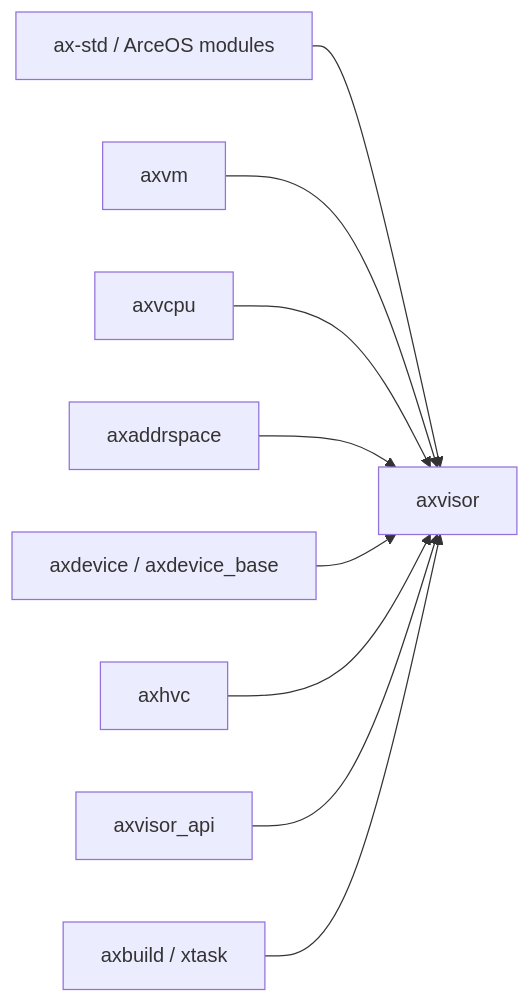
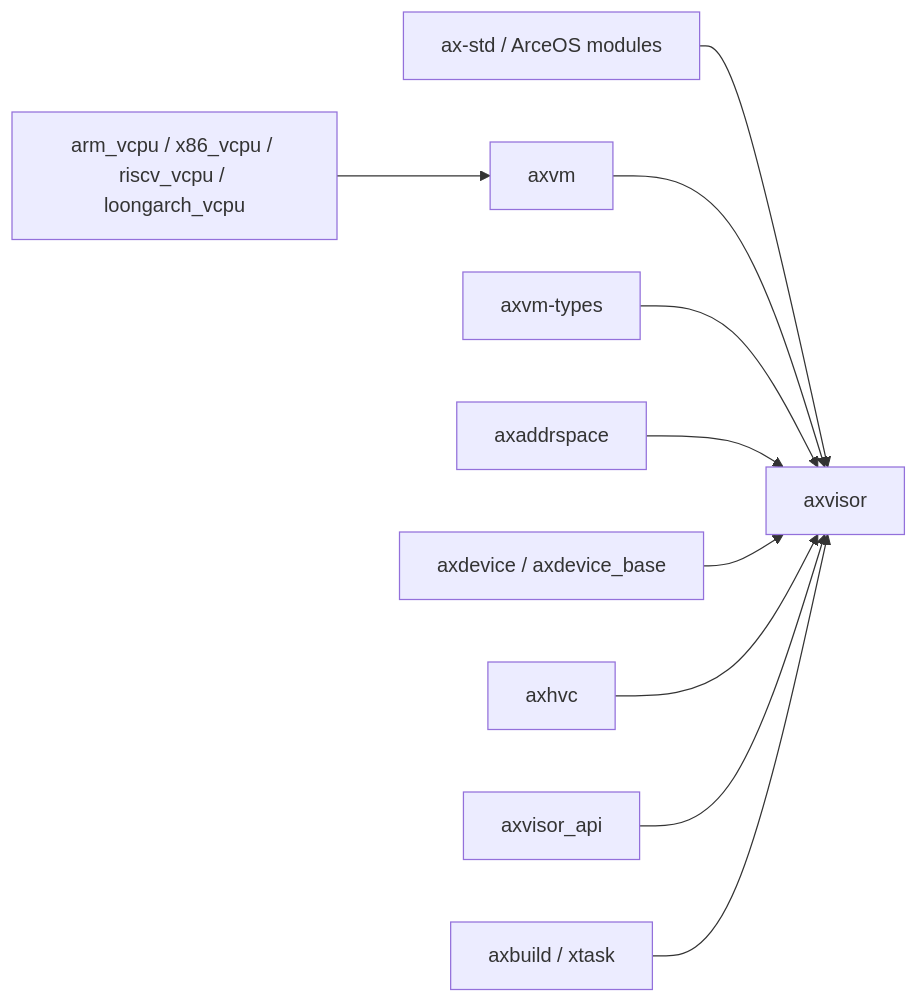
One commit to rcore-os/tgoskits changed the second of 2 diagrams in docs/docs/components/crates/axvisor.md. Above: the diagram before and after it, drawn with Mermaid. The commit also changed other lines of this file and 79 other files, not shown here.

Commit message:
refactor(axvm): decouple vcpu backends

````diff
--- a/docs/docs/components/crates/axvisor.md
+++ b/docs/docs/components/crates/axvisor.md
@@ -108,11 +108,12 @@
 ```mermaid
 graph LR
     ax-std["ax-std / ArceOS modules"] --> axvisor["axvisor"]
     axvm["axvm"] --> axvisor
-    axvcpu["axvcpu"] --> axvisor
+    axvm_types["axvm-types"] --> axvisor
+    arch_vcpu["arm_vcpu / x86_vcpu / riscv_vcpu / loongarch_vcpu"] --> axvm
     axaddrspace["axaddrspace"] --> axvisor
     axdevice["axdevice / axdevice_base"] --> axvisor
     axhvc["axhvc"] --> axvisor
     axvisor_api["axvisor_api"] --> axvisor
     axbuild["axbuild / xtask"] --> axvisor
 ```
````
